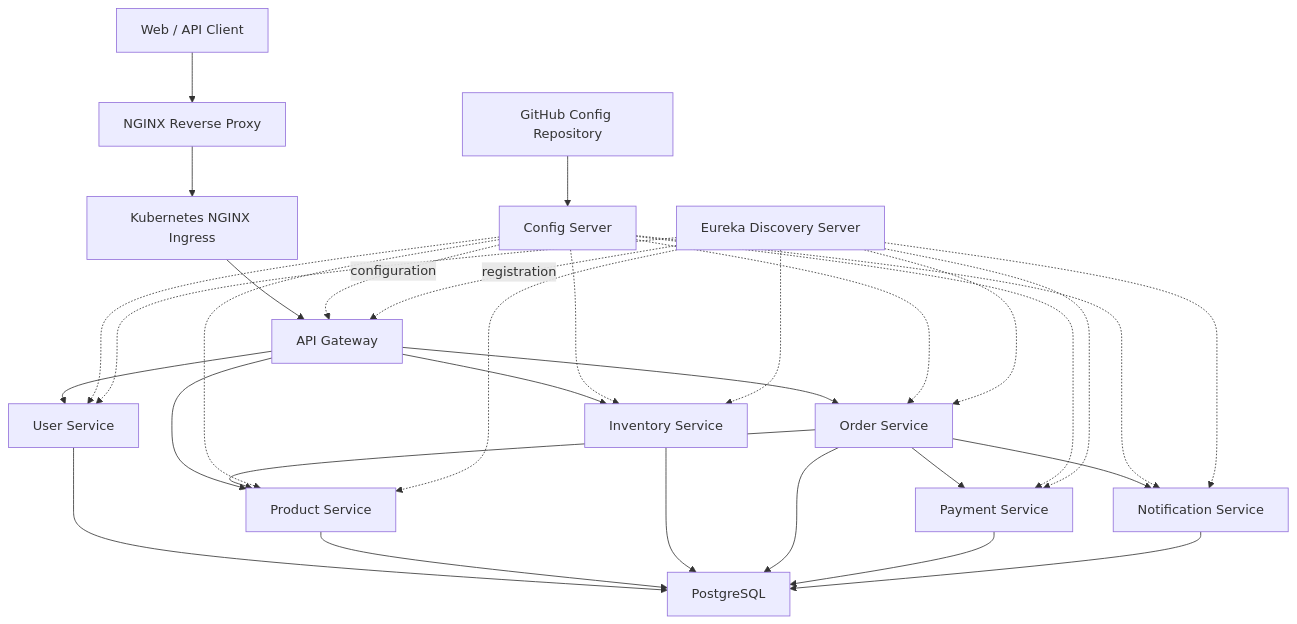
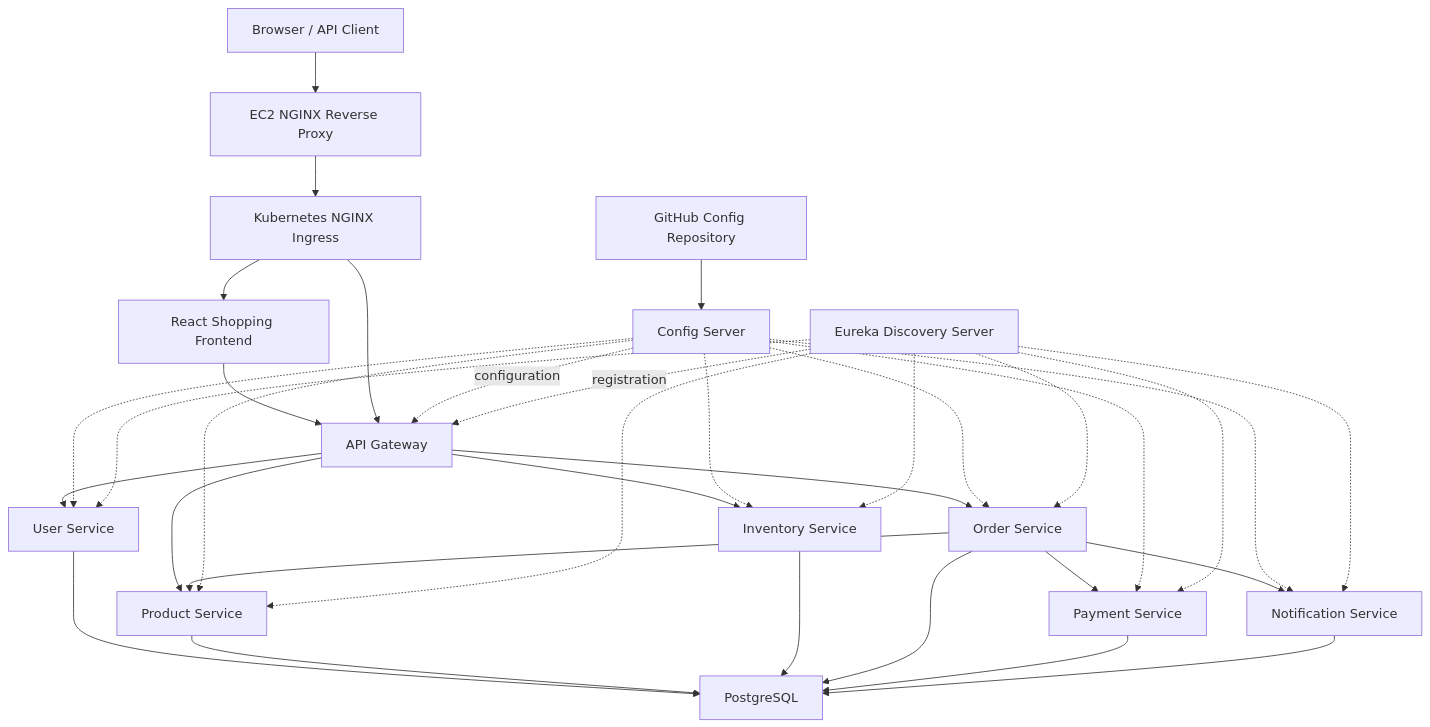
One commit to Pratapkumara/enterprise-ecommerce-microservices-platform changed the first of 2 diagrams in README.md. Above: the diagram before and after it, drawn with Mermaid. The commit also changed other lines of this file and 1 other file, not shown here.

Commit message:
docs: document live shopping frontend

````diff
--- a/README.md
+++ b/README.md
@@ -64,39 +79,41 @@
 ```mermaid
 flowchart TB
-    Client["Web / API Client"] --> Nginx["NGINX Reverse Proxy"]
+    Client["Browser / API Client"] --> Nginx["EC2 NGINX Reverse Proxy"]
     Nginx --> Ingress["Kubernetes NGINX Ingress"]
-    Ingress --> Gateway["API Gateway"]
+    Ingress --> Frontend["React Shopping Frontend"]
+    Frontend --> Gateway["API Gateway"]
+    Ingress --> Gateway
 
     Gateway --> User["User Service"]
     Gateway --> Product["Product Service"]
     Gateway --> Inventory["Inventory Service"]
     Gateway --> Order["Order Service"]
 
     Order --> Product
     Order --> Payment["Payment Service"]
     Order --> Notification["Notification Service"]
 
     ConfigRepo["GitHub Config Repository"] --> Config["Config Server"]
     Config -. configuration .-> Gateway
     Config -.-> User
     Config -.-> Product
     Config -.-> Inventory
     Config -.-> Order
     Config -.-> Payment
     Config -.-> Notification
 
     Discovery["Eureka Discovery Server"] -. registration .-> Gateway
     Discovery -.-> User
     Discovery -.-> Product
     Discovery -.-> Inventory
     Discovery -.-> Order
     Discovery -.-> Payment
     Discovery -.-> Notification
 
     User --> PostgreSQL["PostgreSQL"]
     Product --> PostgreSQL
     Inventory --> PostgreSQL
     Order --> PostgreSQL
     Payment --> PostgreSQL
     Notification --> PostgreSQL
 ```
````
